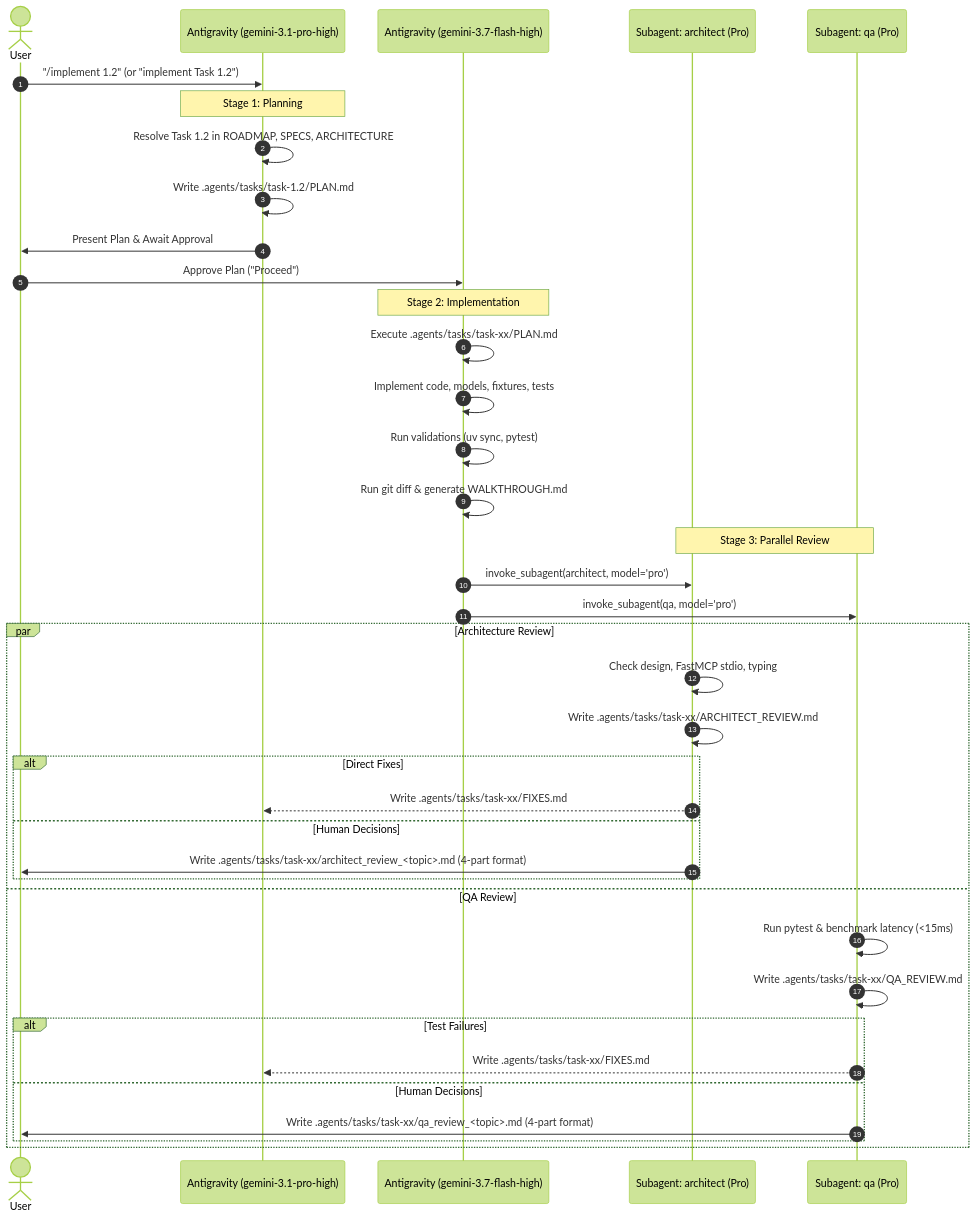
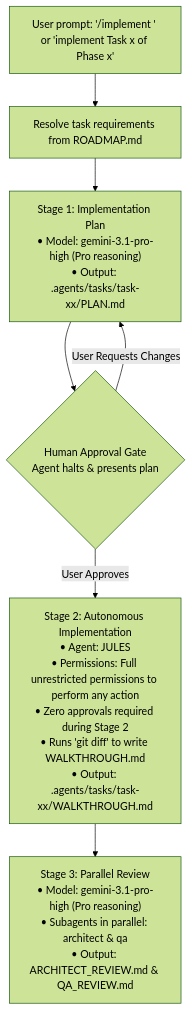
The diagram in .agents/workflows/implement_task.md (aiagentspoc/mcp-server), drawn with Mermaid (forest theme) before and after one commit. The commit also changed other lines of this file and 6 other files, not shown here.

````diff
--- a/.agents/workflows/implement_task.md
+++ b/.agents/workflows/implement_task.md
@@ -5,44 +9,9 @@
 ```mermaid
-sequenceDiagram
-    autonumber
-    actor User
-    participant Main as Antigravity (gemini-3.1-pro-high)
-    participant Exec as Antigravity (gemini-3.7-flash-high)
-    participant Arch as Subagent: architect (Pro)
-    participant QA as Subagent: qa (Pro)
-
-    User->>Main: "/implement 1.2" (or "implement Task 1.2")
-    Note over Main: Stage 1: Planning
-    Main->>Main: Resolve Task 1.2 in ROADMAP, SPECS, ARCHITECTURE
-    Main->>Main: Write .agents/tasks/task-1.2/PLAN.md
-    Main->>User: Present Plan & Await Approval
-    
-    User->>Exec: Approve Plan ("Proceed")
-    Note over Exec: Stage 2: Implementation
-    Exec->>Exec: Execute .agents/tasks/task-xx/PLAN.md
-    Exec->>Exec: Implement code, models, fixtures, tests
-    Exec->>Exec: Run validations (uv sync, pytest)
-    Exec->>Exec: Run git diff & generate WALKTHROUGH.md
-    
-    Note over Arch,QA: Stage 3: Parallel Review
-    Exec->>Arch: invoke_subagent(architect, model='pro')
-    Exec->>QA: invoke_subagent(qa, model='pro')
-    
-    par Architecture Review
-        Arch->>Arch: Check design, FastMCP stdio, typing
-        Arch->>Arch: Write .agents/tasks/task-xx/ARCHITECT_REVIEW.md
-        alt Direct Fixes
-            Arch-->>Main: Write .agents/tasks/task-xx/FIXES.md
-        else Human Decisions
-            Arch->>User: Write .agents/tasks/task-xx/architect_review_<topic>.md (4-part format)
-        end
-    and QA Review
-        QA->>QA: Run pytest & benchmark latency (<15ms)
-        QA->>QA: Write .agents/tasks/task-xx/QA_REVIEW.md
-        alt Test Failures
-            QA-->>Main: Write .agents/tasks/task-xx/FIXES.md
-        else Human Decisions
-            QA->>User: Write .agents/tasks/task-xx/qa_review_<topic>.md (4-part format)
-        end
-    end
+flowchart TD
+    Trigger["User prompt: '/implement <task_id>' or 'implement Task x of Phase x'"] --> Resolve["Resolve task requirements from ROADMAP.md"]
+    Resolve --> Stage1["Stage 1: Implementation Plan<br/>• Model: gemini-3.1-pro-high (Pro reasoning)<br/>• Output: .agents/tasks/task-xx/PLAN.md"]
+    Stage1 --> Gate{"Human Approval Gate<br/>Agent halts & presents plan"}
+    Gate -->|User Approves| Stage2["Stage 2: Autonomous Implementation<br/>• Agent: JULES<br/>• Permissions: Full unrestricted permissions to perform any action<br/>• Zero approvals required during Stage 2<br/>• Runs 'git diff' to write WALKTHROUGH.md<br/>• Output: .agents/tasks/task-xx/WALKTHROUGH.md"]
+    Gate -->|User Requests Changes| Stage1
+    Stage2 --> Stage3["Stage 3: Parallel Review<br/>• Model: gemini-3.1-pro-high (Pro reasoning)<br/>• Subagents in parallel: architect & qa<br/>• Output: ARCHITECT_REVIEW.md & QA_REVIEW.md"]
 ```
````
